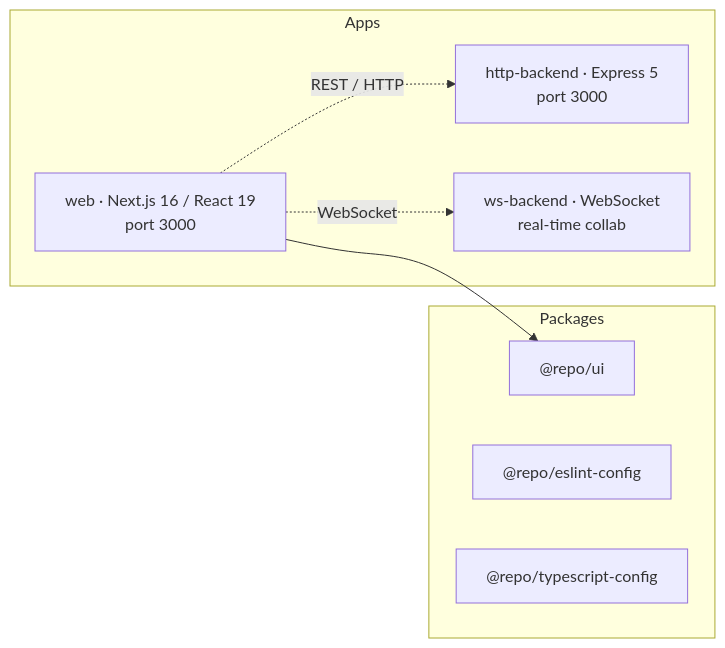
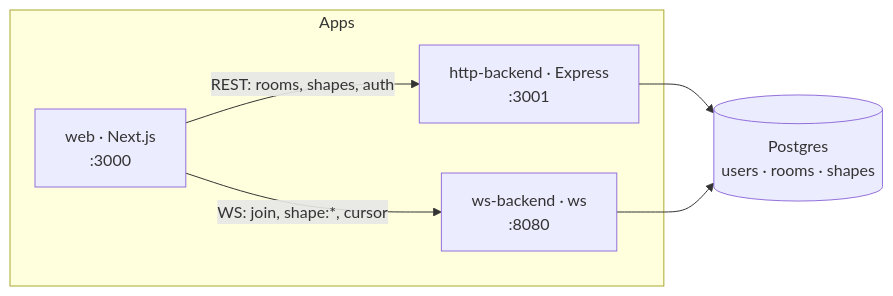
Before and after one commit to bluecoder1080/Canvas-Collab: the diagram in README.md, drawn with Mermaid. The commit also changed other lines of this file, not shown here.

Commit message:
chore: update README.md to reflect Express version change and enhance setup instructions

````diff
--- a/README.md
+++ b/README.md
@@ -62,18 +73,15 @@
 ```mermaid
 flowchart LR
     subgraph Apps["Apps"]
-        Web["web · Next.js 16 / React 19<br/>port 3000"]
-        Http["http-backend · Express 5<br/>port 3000"]
-        Ws["ws-backend · WebSocket<br/>real-time collab"]
+        Web["web · Next.js<br/>:3000"]
+        Http["http-backend · Express<br/>:3001"]
+        Ws["ws-backend · ws<br/>:8080"]
     end
 
-    subgraph Packages["Packages"]
-        Ui["@repo/ui"]
-        Lint["@repo/eslint-config"]
-        Ts["@repo/typescript-config"]
-    end
+    DB[("Postgres<br/>users · rooms · shapes")]
 
-    Web --> Ui
-    Web -. "REST / HTTP" .-> Http
-    Web -. "WebSocket" .-> Ws
+    Web -- "REST: rooms, shapes, auth" --> Http
+    Web -- "WS: join, shape:*, cursor" --> Ws
+    Http --> DB
+    Ws --> DB
 ```
````
